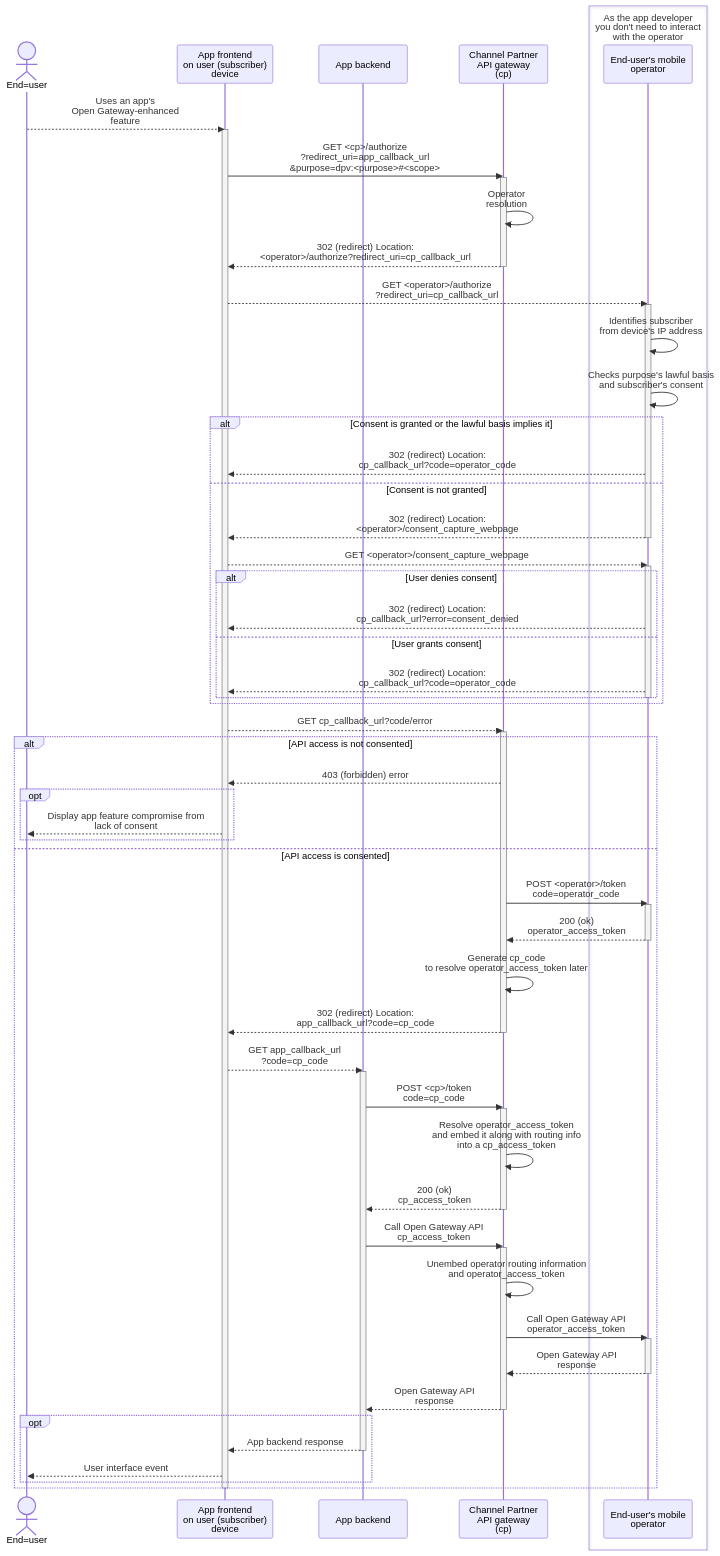
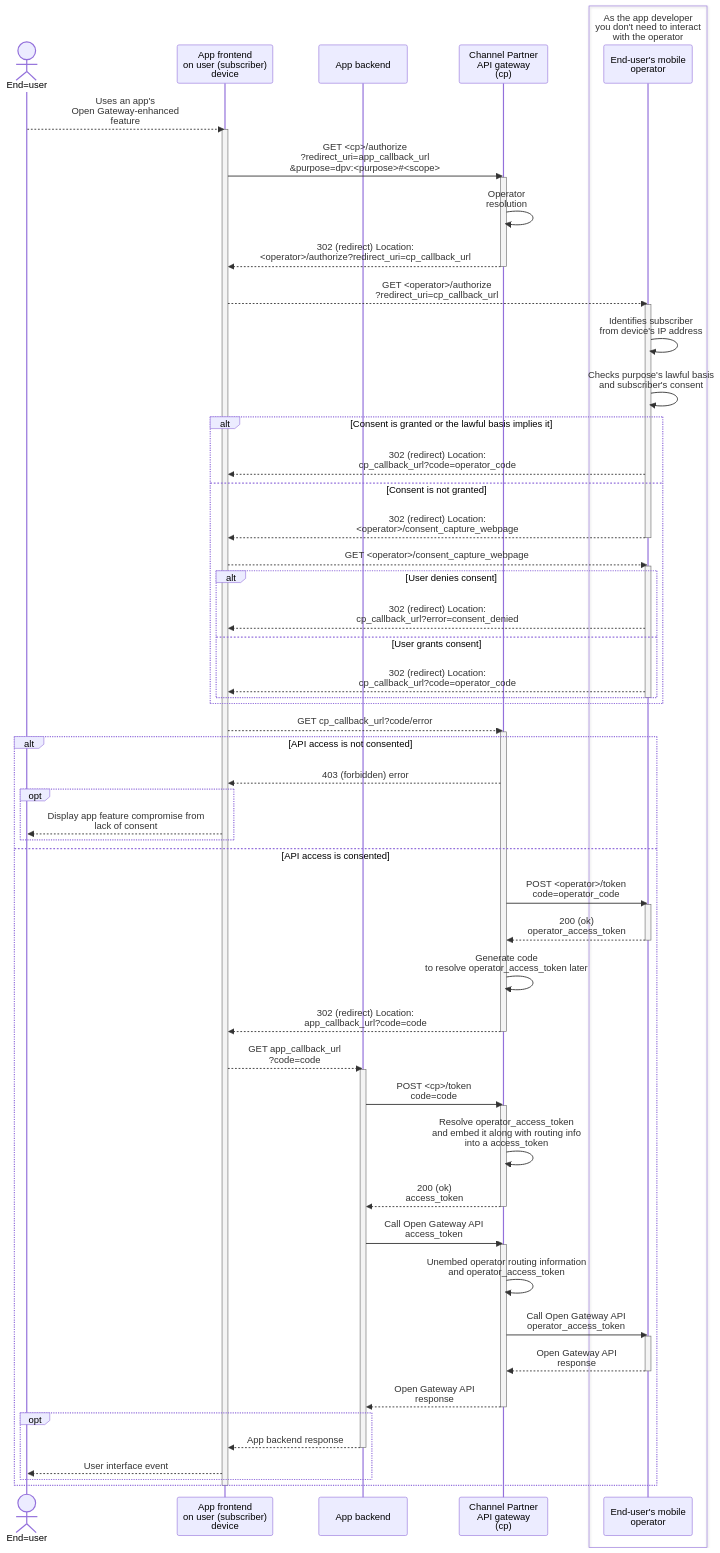
The diagram in callflows/authorization/diagrams/frontend.mermaid (Telefonica/opengateway-developers-website), drawn with Mermaid before and after one commit. The commit also changed 4 other files, not shown here.

Commit message:
Add backend authorization sequence diagram

```diff
--- a/callflows/authorization/diagrams/frontend.mermaid
+++ b/callflows/authorization/diagrams/frontend.mermaid
@@ -1,72 +1,72 @@
 sequenceDiagram
 actor EU as End=user
 participant FE as App frontend<br/>on user (subscriber)<br/>device
 participant BE as App backend
 participant CP as Channel Partner<br/>API gateway<br/>(cp)
 box As the app developer<br/>you don't need to interact<br/>with the operator
     participant OP as End-user's mobile<br/>operator
 end
 
 EU-->>FE: Uses an app's<br/>Open Gateway-enhanced<br/>feature
 activate FE
     FE->>CP: GET <cp>/authorize<br/>?redirect_uri=app_callback_url<br/>&purpose=dpv:<purpose>#35;<scope>
     activate CP
         CP->>CP: Operator<br/>resolution
     CP-->>FE: 302 (redirect) Location:<br/><operator>/authorize?redirect_uri=cp_callback_url
     deactivate CP
     FE-->>OP: GET <operator>/authorize<br/>?redirect_uri=cp_callback_url
     activate OP
         OP->>OP: Identifies subscriber<br/>from device's IP address
         OP->>OP: Checks purpose's lawful basis<br/>and subscriber's consent
         alt Consent is granted or the lawful basis implies it
             OP-->>FE: 302 (redirect) Location:<br/>cp_callback_url?code=operator_code
         else Consent is not granted
             OP-->>FE: 302 (redirect) Location:<br/><operator>/consent_capture_webpage
             deactivate OP
             FE-->>OP: GET <operator>/consent_capture_webpage
             activate OP
             alt User denies consent
                 OP-->>FE: 302 (redirect) Location:<br/>cp_callback_url?error=consent_denied
             else User grants consent
                 OP-->>FE: 302 (redirect) Location:<br/>cp_callback_url?code=operator_code
             end
             deactivate OP
         end
         FE-->>CP: GET cp_callback_url?code/error
         activate CP
             alt API access is not consented
                 CP-->>FE: 403 (forbidden) error
                 opt
                     FE-->>EU: Display app feature compromise from<br/>lack of consent
                 end
             else API access is consented
                 CP->>OP: POST <operator>/token<br/>code=operator_code
                 activate OP
                     OP-->>CP: 200 (ok)<br/>operator_access_token
                 deactivate OP
-                CP->>CP: Generate cp_code<br/>to resolve operator_access_token later
-                CP-->>FE: 302 (redirect) Location:<br/>app_callback_url?code=cp_code
+                CP->>CP: Generate code<br/>to resolve operator_access_token later
+                CP-->>FE: 302 (redirect) Location:<br/>app_callback_url?code=code
                 deactivate CP
-                FE-->>BE: GET app_callback_url<br/>?code=cp_code
+                FE-->>BE: GET app_callback_url<br/>?code=code
                 activate BE
-                    BE->>CP: POST <cp>/token<br/>code=cp_code
+                    BE->>CP: POST <cp>/token<br/>code=code
                     activate CP
-                        CP->>CP: Resolve operator_access_token<br/>and embed it along with routing info<br/>into a cp_access_token
-                        CP-->>BE: 200 (ok)<br/>cp_access_token
+                        CP->>CP: Resolve operator_access_token<br/>and embed it along with routing info<br/>into a access_token
+                        CP-->>BE: 200 (ok)<br/>access_token
                     deactivate CP
-                    BE->>CP: Call Open Gateway API<br/>cp_access_token
+                    BE->>CP: Call Open Gateway API<br/>access_token
                     activate CP
                         CP->>CP: Unembed operator routing information<br/>and operator_access_token
                         CP->>OP: Call Open Gateway API<br/>operator_access_token
                         activate OP
                             OP-->>CP: Open Gateway API<br/>response
                         deactivate OP
                         CP-->>BE: Open Gateway API<br/>response
                     deactivate CP
                 opt 
                     BE-->>FE: App backend response
                 deactivate BE
                 FE-->>EU: User interface event
                 end
             end
 deactivate FE
```
